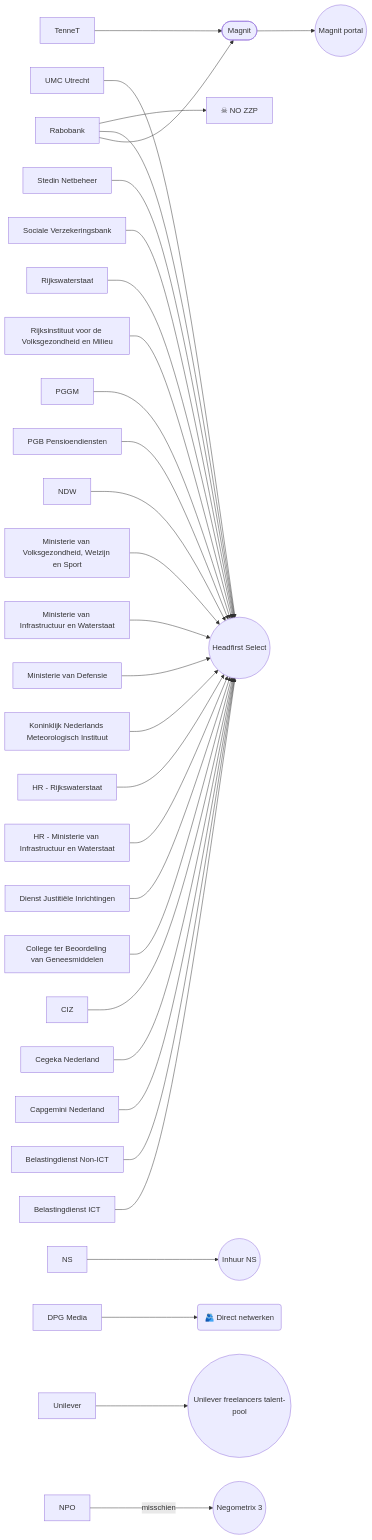
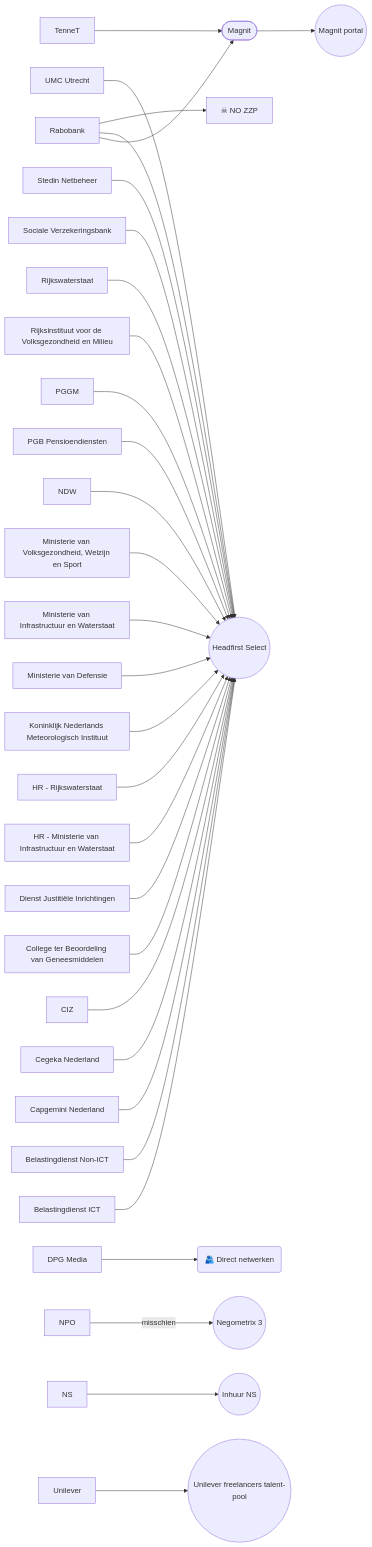
One commit to bneijt/zzp_inhuur_diagram changed the diagram in inhuur_diagram.md. Above: the diagram before and after it, drawn with Mermaid. The commit also changed other lines of this file and 1 other file, not shown here.

Commit message:
Sort click and das blocks

````diff
--- a/inhuur_diagram.md
+++ b/inhuur_diagram.md
@@ -34,11 +34,11 @@
 broker_magnit(["Magnit"])
 
 das_headfirst_select((Headfirst Select))
+das_human("🫂 Direct netwerken")
+das_magnit(("Magnit portal"))
+das_negometrix(("Negometrix 3"))
 das_ns(("Inhuur NS"))
-das_magnit(("Magnit portal"))
-das_human("🫂 Direct netwerken")
 das_unilever_talentpool(("Unilever freelancers talent-pool"))
-das_negometrix(("Negometrix 3"))
 
 
 klant_belastingdienst_ict --> das_headfirst_select
@@ -76,8 +76,8 @@
 
 %% Links for nodes
 click das_headfirst "https://platform.select.hr/" "https://platform.select.hr/"
+click das_magnit "https://portal.magnitglobal.com/" "https://portal.magnitglobal.com/"
+click das_negometrix "https://platform.negometrix.com/" "https://platform.negometrix.com/"
 click das_ns "https://inhuur-ns.my.site.com/" "https://inhuur-ns.my.site.com/"
-click das_negometrix "https://platform.negometrix.com/" "https://platform.negometrix.com/"
 click das_unilever_talentpool "https://unileverfreelancers.talent-pool.com/" "https://unileverfreelancers.talent-pool.com/"
-click das_magnit "https://portal.magnitglobal.com/" "https://portal.magnitglobal.com/"
 ```
````
